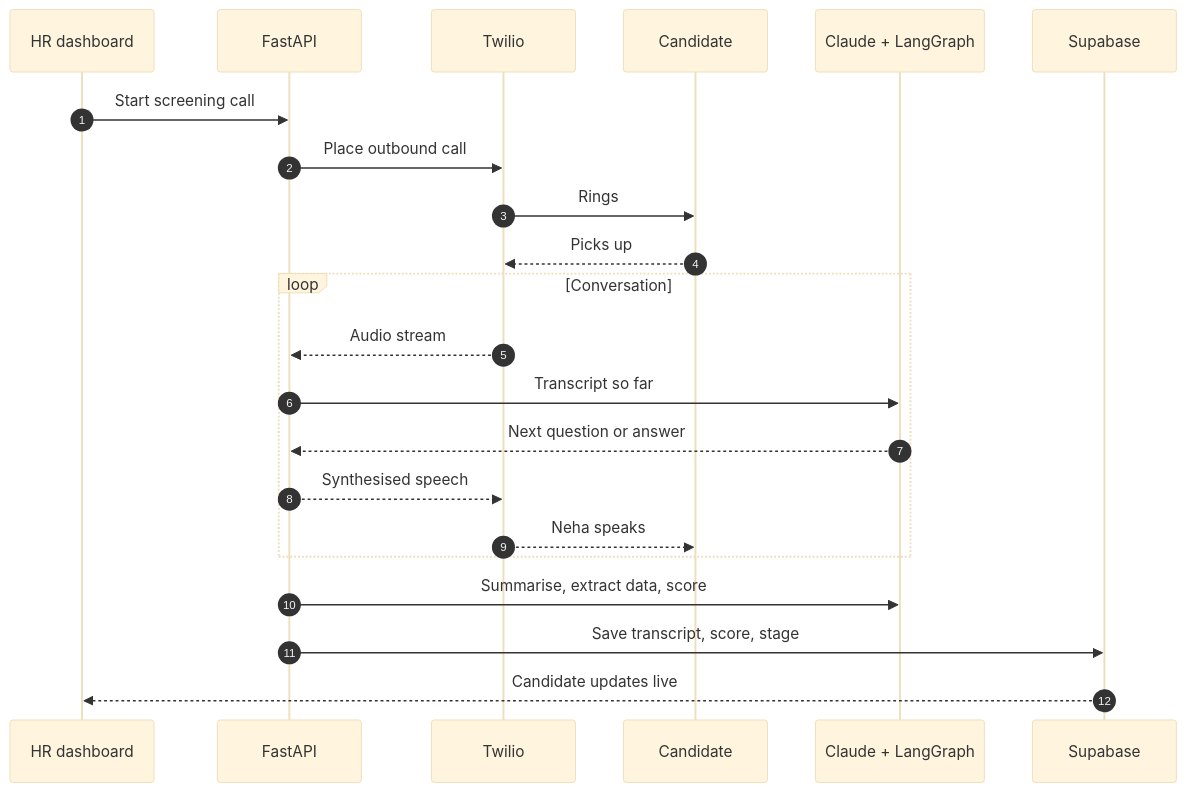
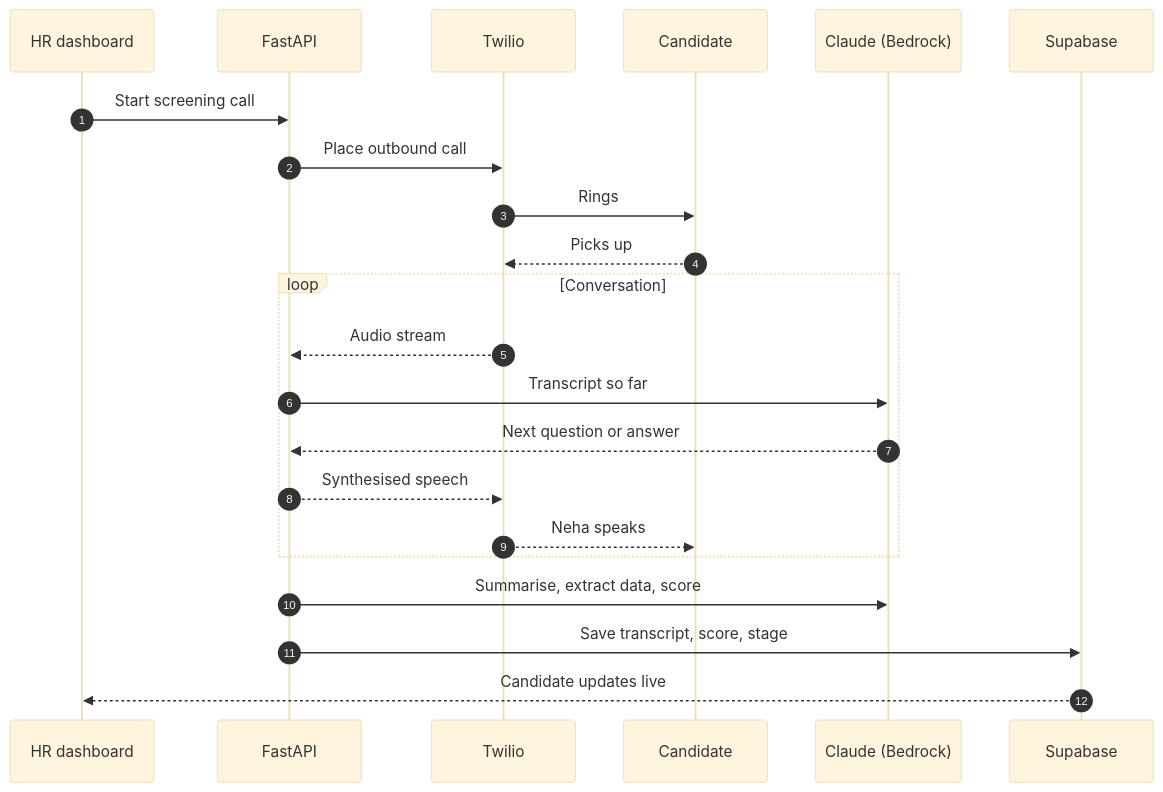
One commit to Vikasverma9515/nehahr changed the second of 2 diagrams in README.md. Above: the diagram before and after it, drawn with Mermaid (base theme). The commit also changed other lines of this file and 12 other files, not shown here.

````diff
--- a/README.md
+++ b/README.md
@@ -106,24 +106,24 @@
 ```mermaid
 sequenceDiagram
     autonumber
     participant HR as HR dashboard
     participant API as FastAPI
     participant TW as Twilio
     participant C as Candidate
-    participant AI as Claude + LangGraph
+    participant AI as Claude (Bedrock)
     participant DB as Supabase
     HR->>API: Start screening call
     API->>TW: Place outbound call
     TW->>C: Rings
     C-->>TW: Picks up
     loop Conversation
         TW-->>API: Audio stream
         API->>AI: Transcript so far
         AI-->>API: Next question or answer
         API-->>TW: Synthesised speech
         TW-->>C: Neha speaks
     end
     API->>AI: Summarise, extract data, score
     API->>DB: Save transcript, score, stage
     DB-->>HR: Candidate updates live
 ```
````
